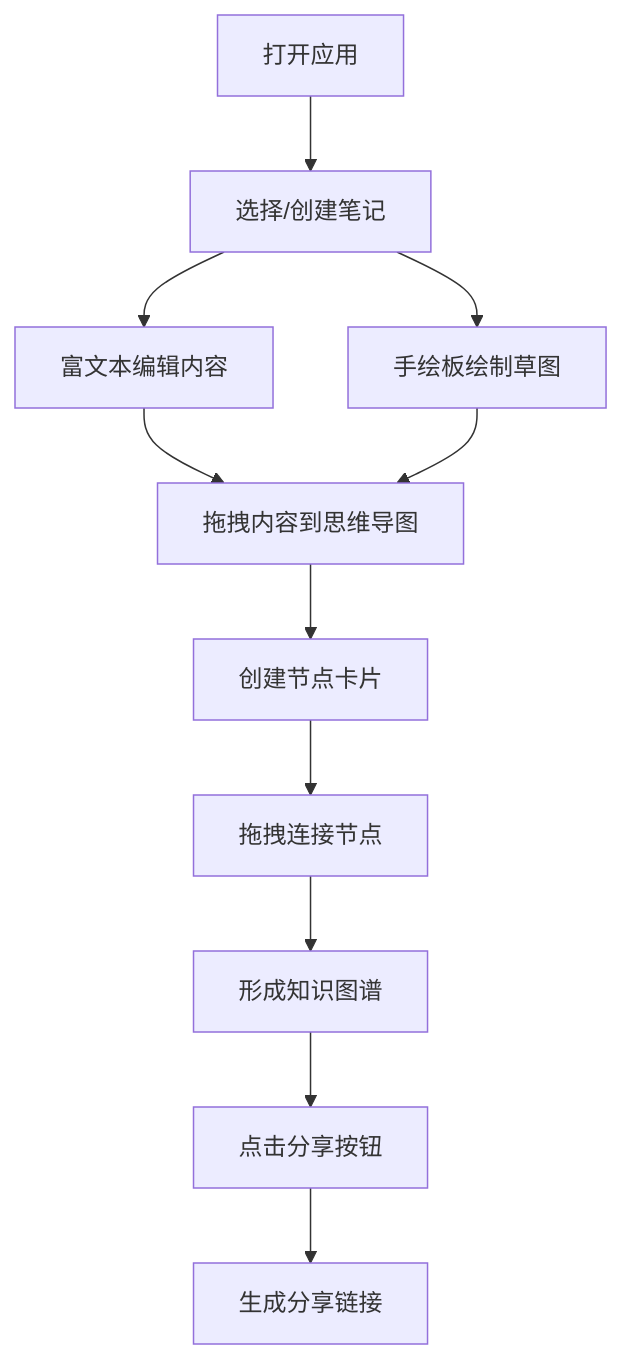
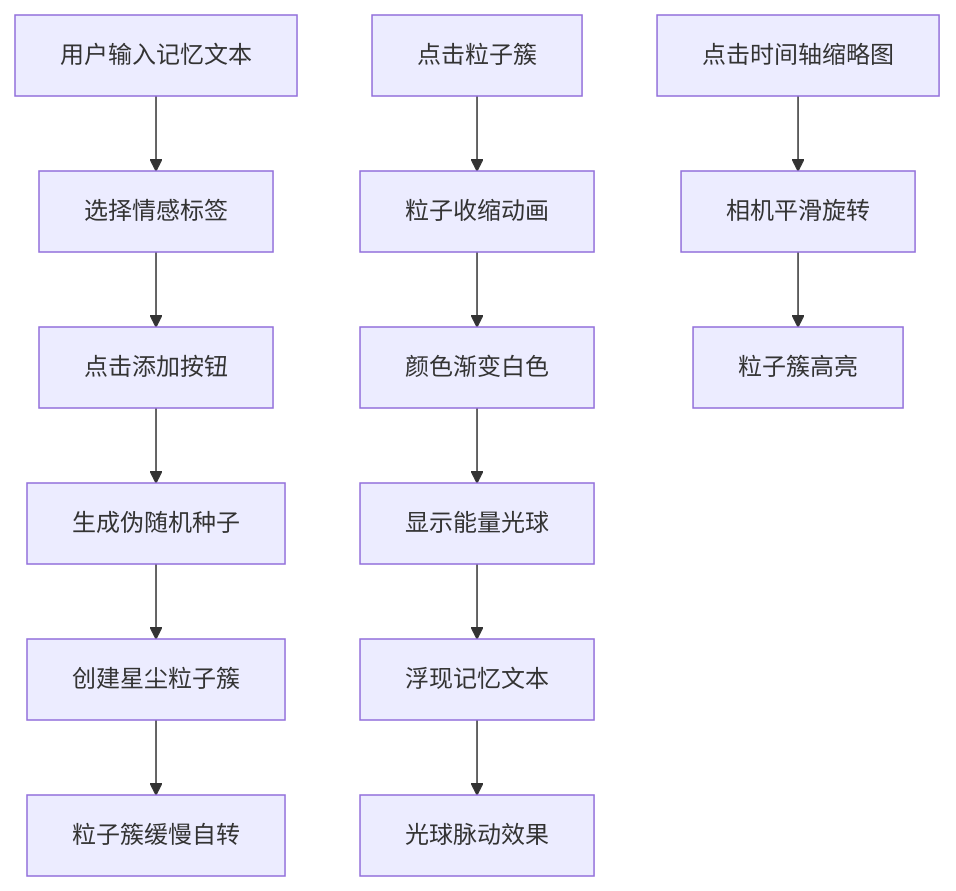
One commit to NUDT-ZSL/Solo changed the diagram in cp2_6.11_auto47/.trae/documents/prd.md. Above: the diagram before and after it, drawn with Mermaid. The commit also changed other lines of this file and 20 other files, not shown here.

````diff
--- a/cp2_6.11_auto47/.trae/documents/prd.md
+++ b/cp2_6.11_auto47/.trae/documents/prd.md
@@ -35,13 +36,17 @@
 ```mermaid
 flowchart TD
-    A["打开应用"] --> B["选择/创建笔记"]
-    B --> C["富文本编辑内容"]
-    B --> D["手绘板绘制草图"]
-    C --> E["拖拽内容到思维导图"]
-    D --> E
-    E --> F["创建节点卡片"]
-    F --> G["拖拽连接节点"]
-    G --> H["形成知识图谱"]
-    H --> I["点击分享按钮"]
-    I --> J["生成分享链接"]
+    A["用户输入记忆文本"] --> B["选择情感标签"]
+    B --> C["点击添加按钮"]
+    C --> D["生成伪随机种子"]
+    D --> E["创建星尘粒子簇"]
+    E --> F["粒子簇缓慢自转"]
+    
+    G["点击粒子簇"] --> H["粒子收缩动画"]
+    H --> I["颜色渐变白色"]
+    I --> J["显示能量光球"]
+    J --> K["浮现记忆文本"]
+    K --> L["光球脉动效果"]
+    
+    M["点击时间轴缩略图"] --> N["相机平滑旋转"]
+    N --> O["粒子簇高亮"]
 ```
````
